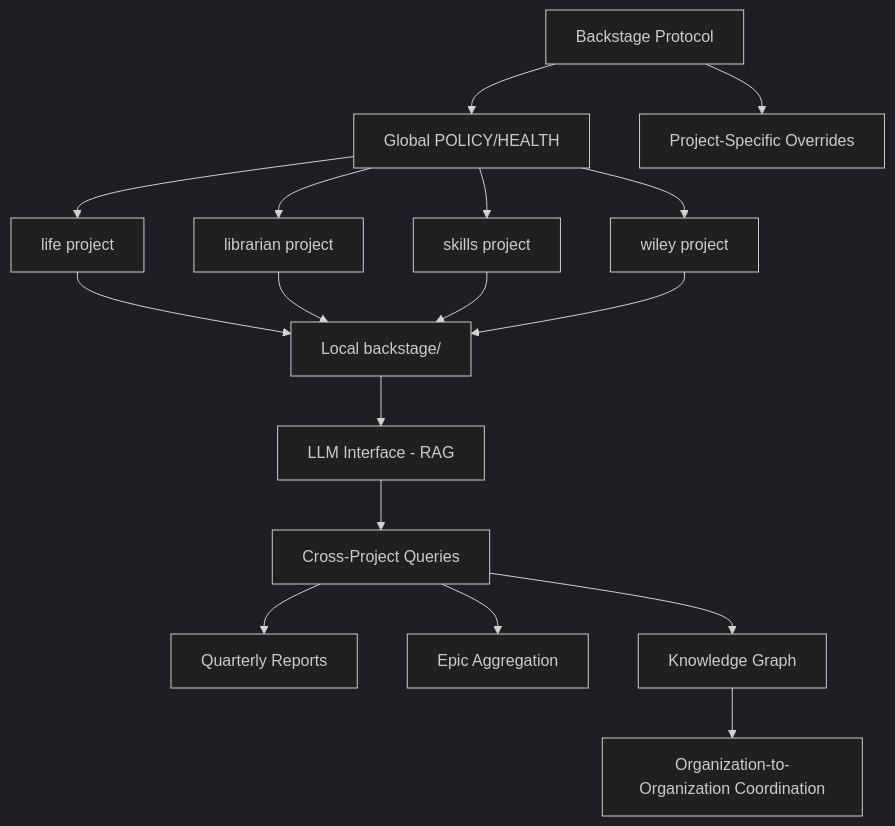
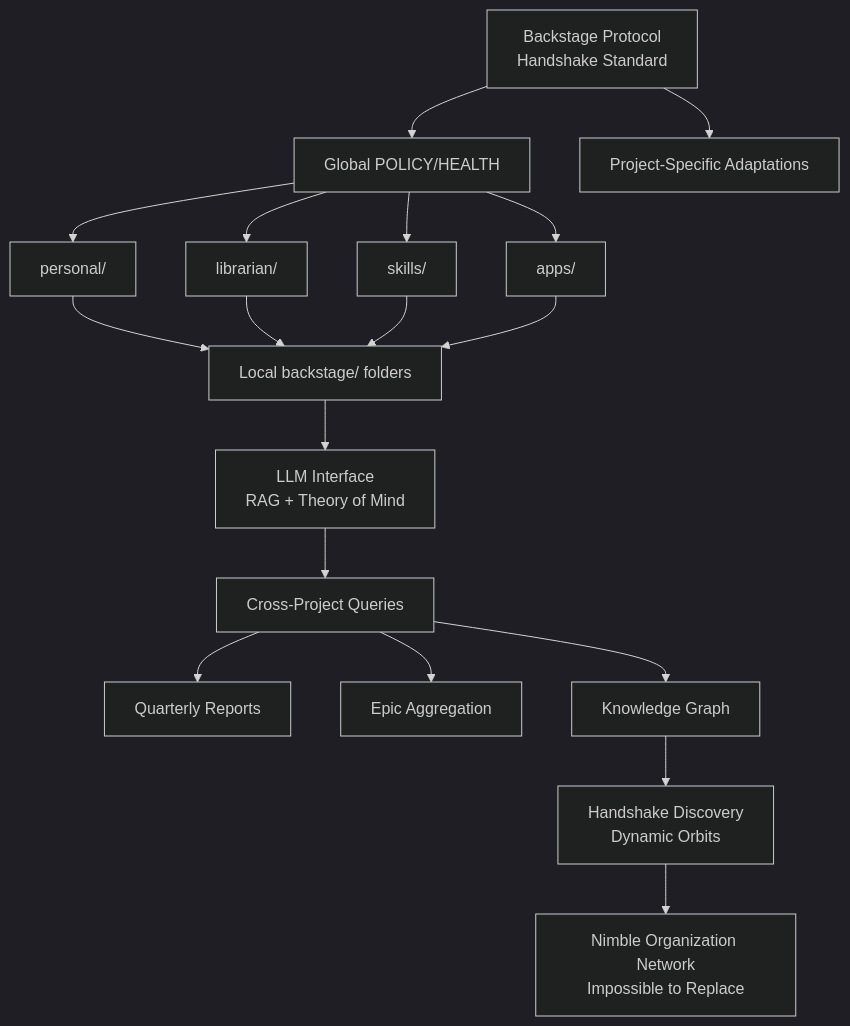
One commit to nonlinear/backstage changed the diagram in epic-notes/nimble-ready-prep.md. Above: the diagram before and after it, drawn with Mermaid (dark theme). The commit also changed other lines of this file, not shown here.

First line of the commit message:
Rewrite nimble-ready-prep.md using praxis.nyc reference

````diff
--- a/epic-notes/nimble-ready-prep.md
+++ b/epic-notes/nimble-ready-prep.md
@@ -81,24 +167,25 @@
 ```mermaid
 graph TD
-    A[Backstage Protocol] --> B[Global POLICY/HEALTH]
-    A --> C[Project-Specific Overrides]
+    A[Backstage Protocol<br/>Handshake Standard] --> B[Global POLICY/HEALTH]
+    A --> C[Project-Specific Adaptations]
     
-    B --> D[life project]
-    B --> E[librarian project]
-    B --> F[skills project]
-    B --> G[wiley project]
+    B --> D[personal/]
+    B --> E[librarian/]
+    B --> F[skills/]
+    B --> G[apps/]
     
-    D --> H[Local backstage/]
+    D --> H[Local backstage/ folders]
     E --> H
     F --> H
     G --> H
     
-    H --> I[LLM Interface - RAG]
+    H --> I[LLM Interface<br/>RAG + Theory of Mind]
     I --> J[Cross-Project Queries]
     
     J --> K[Quarterly Reports]
     J --> L[Epic Aggregation]
     J --> M[Knowledge Graph]
     
-    M --> N[Organization-to-Organization Coordination]
+    M --> N[Handshake Discovery<br/>Dynamic Orbits]
+    N --> O[Nimble Organization Network<br/>Impossible to Replace]
 ```
````
